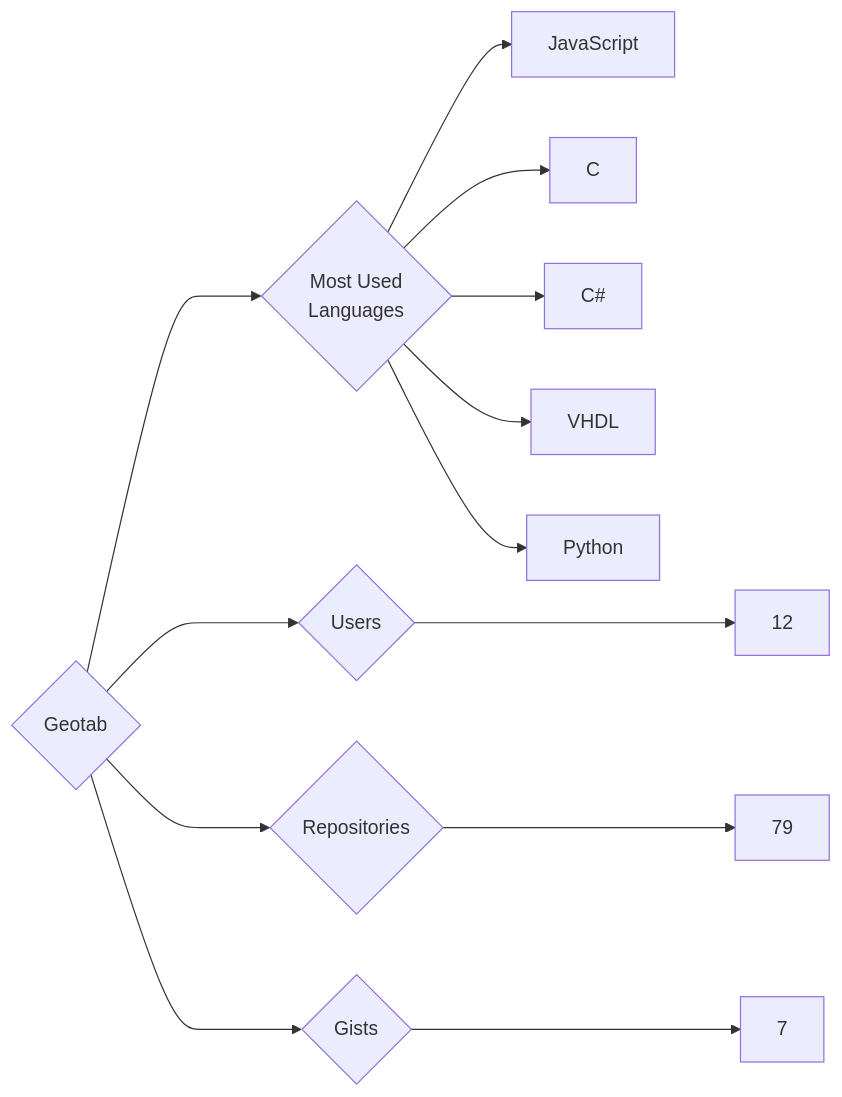
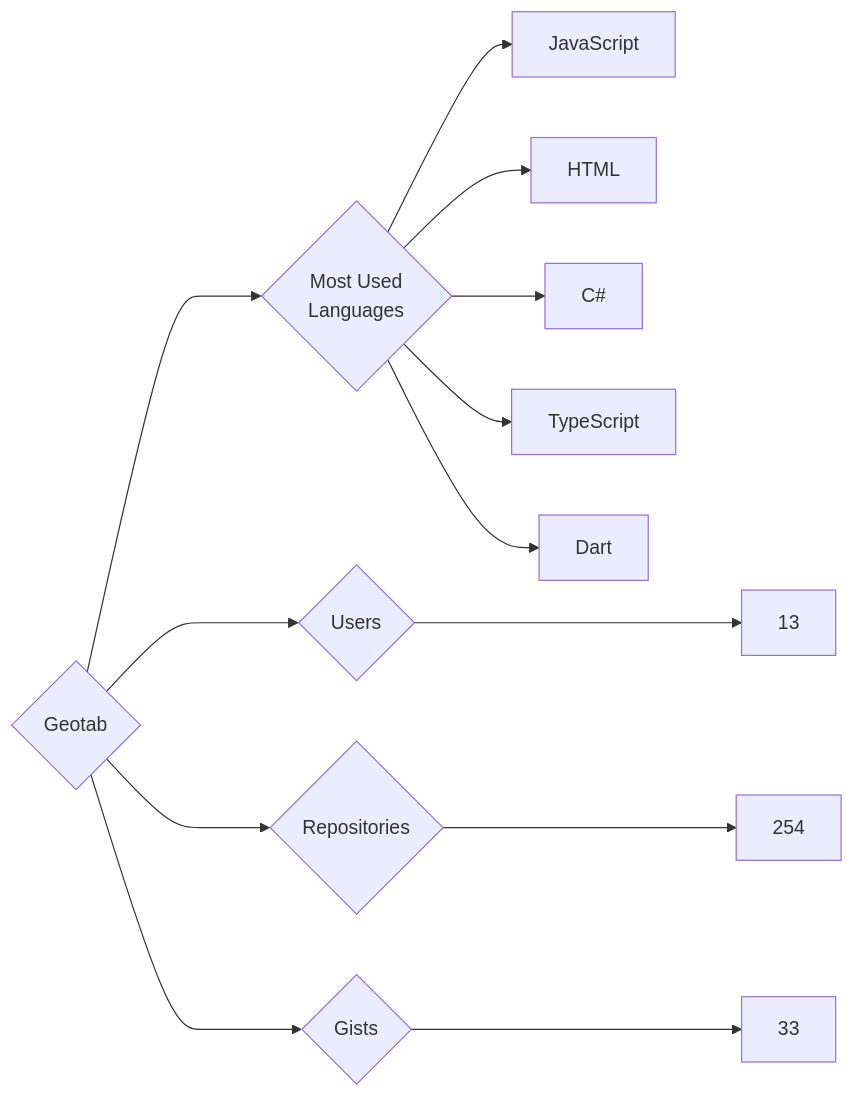
One commit to trickest/insiders changed the diagram in targets/Geotab/README.md. Above: the diagram before and after it, drawn with Mermaid. The commit also changed 870 other files, not shown here.

````diff
--- a/targets/Geotab/README.md
+++ b/targets/Geotab/README.md
@@ -3,13 +3,13 @@
 ```mermaid
 graph LR
 COMPANY_NAME{Geotab}
-COMPANY_NAME ---> U{Users} ---> UN[12]
-COMPANY_NAME ---> R{Repositories} ---> RN[79]
-COMPANY_NAME ---> G{Gists} ---> GN[7]
+COMPANY_NAME ---> U{Users} ---> UN[13]
+COMPANY_NAME ---> R{Repositories} ---> RN[254]
+COMPANY_NAME ---> G{Gists} ---> GN[33]
 COMPANY_NAME ---> ML{Most Used<br>Languages}
 ML --> JavaScript[JavaScript]
-ML --> C[C]
+ML --> HTML[HTML]
 ML --> C#[C#]
-ML --> VHDL[VHDL]
-ML --> Python[Python]
+ML --> TypeScript[TypeScript]
+ML --> Dart[Dart]
 ```
````
